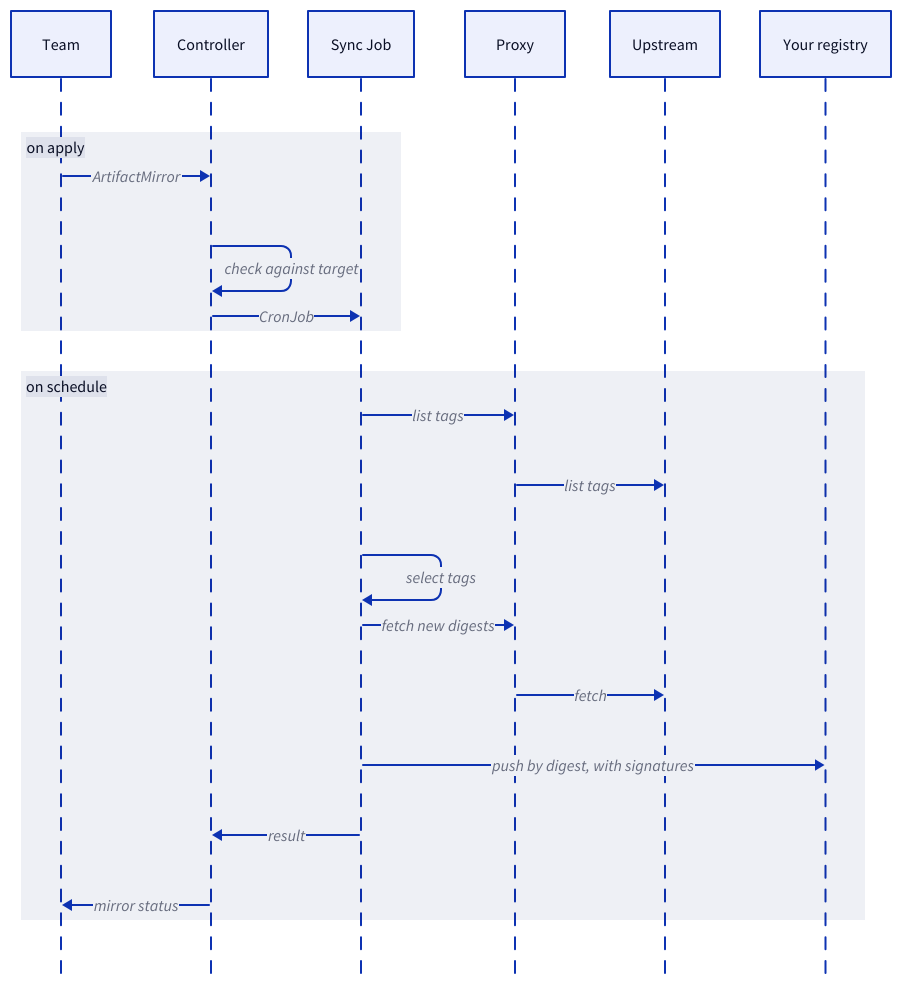
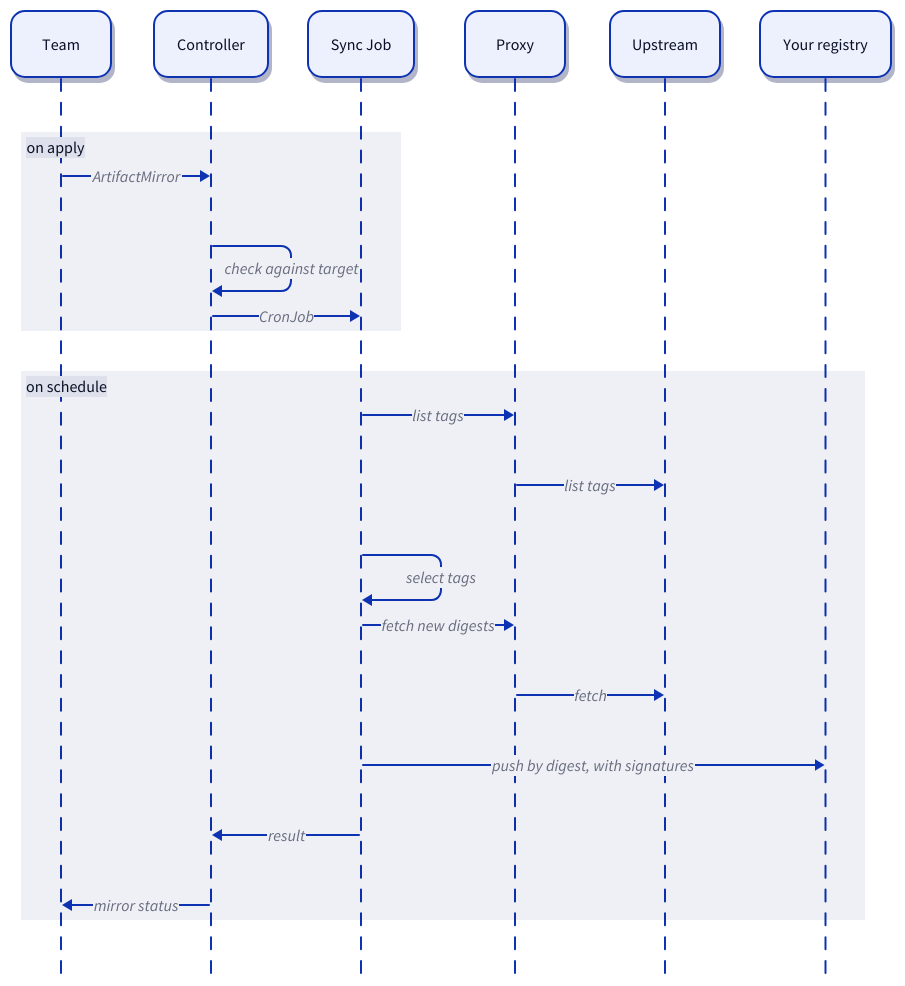
The diagram in docs/assets/sync-run.d2 (r-gawronski/tagwarden), drawn with D2 before and after one commit. The commit also changed 10 other files, not shown here.

Commit message:
docs: hand-drawn diagram variants

```diff
--- a/docs/assets/sync-run.d2
+++ b/docs/assets/sync-run.d2
@@ -1,29 +1,31 @@
-# Source of sync-run-light.svg and sync-run-dark.svg.
+# Source of the sync-run-*.svg diagrams.
 # Render:
-#   d2 --theme 0 --pad 20 sync-run.d2 sync-run-light.svg
-#   d2 --theme 200 --pad 20 sync-run.d2 sync-run-dark.svg
+#   d2 --theme 0 --pad 40 sync-run.d2 sync-run-light.svg
+#   d2 --theme 200 --pad 40 sync-run.d2 sync-run-dark.svg
+#   add --sketch for the sync-run-sketch-*.svg variants
 shape: sequence_diagram
+style.font-size: 18
 
-team: Team
-c: Controller
-j: Sync Job
-p: Proxy
-u: Upstream
-r: Your registry
+team: Team {style: {border-radius: 14; shadow: true}}
+c: Controller {style: {border-radius: 14; shadow: true}}
+j: Sync Job {style: {border-radius: 14; shadow: true}}
+p: Proxy {style: {border-radius: 14; shadow: true}}
+u: Upstream {style: {border-radius: 14; shadow: true}}
+r: Your registry {style: {border-radius: 14; shadow: true}}
 
 on apply: {
   team -> c: ArtifactMirror
   c -> c: check against target
   c -> j: CronJob
 }
 
 on schedule: {
   j -> p: list tags
   p -> u: list tags
   j -> j: select tags
   j -> p: fetch new digests
   p -> u: fetch
   j -> r: push by digest, with signatures
   j -> c: result
   c -> team: mirror status
 }
```
